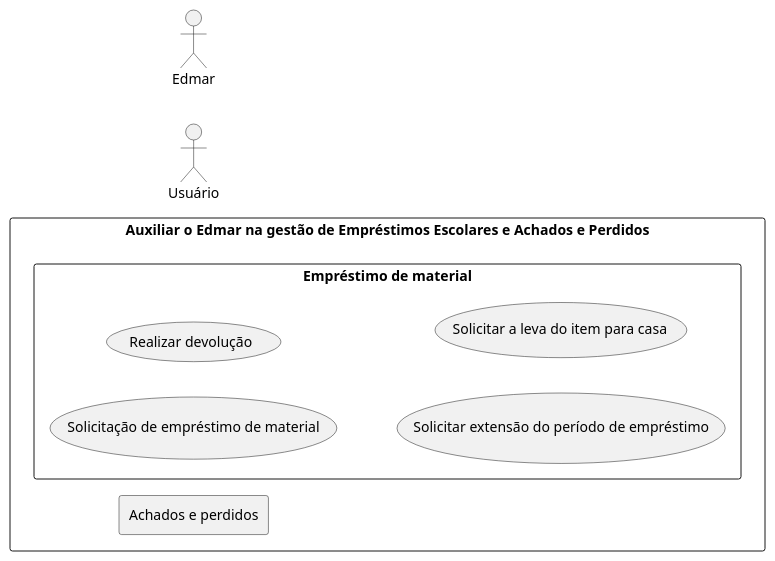
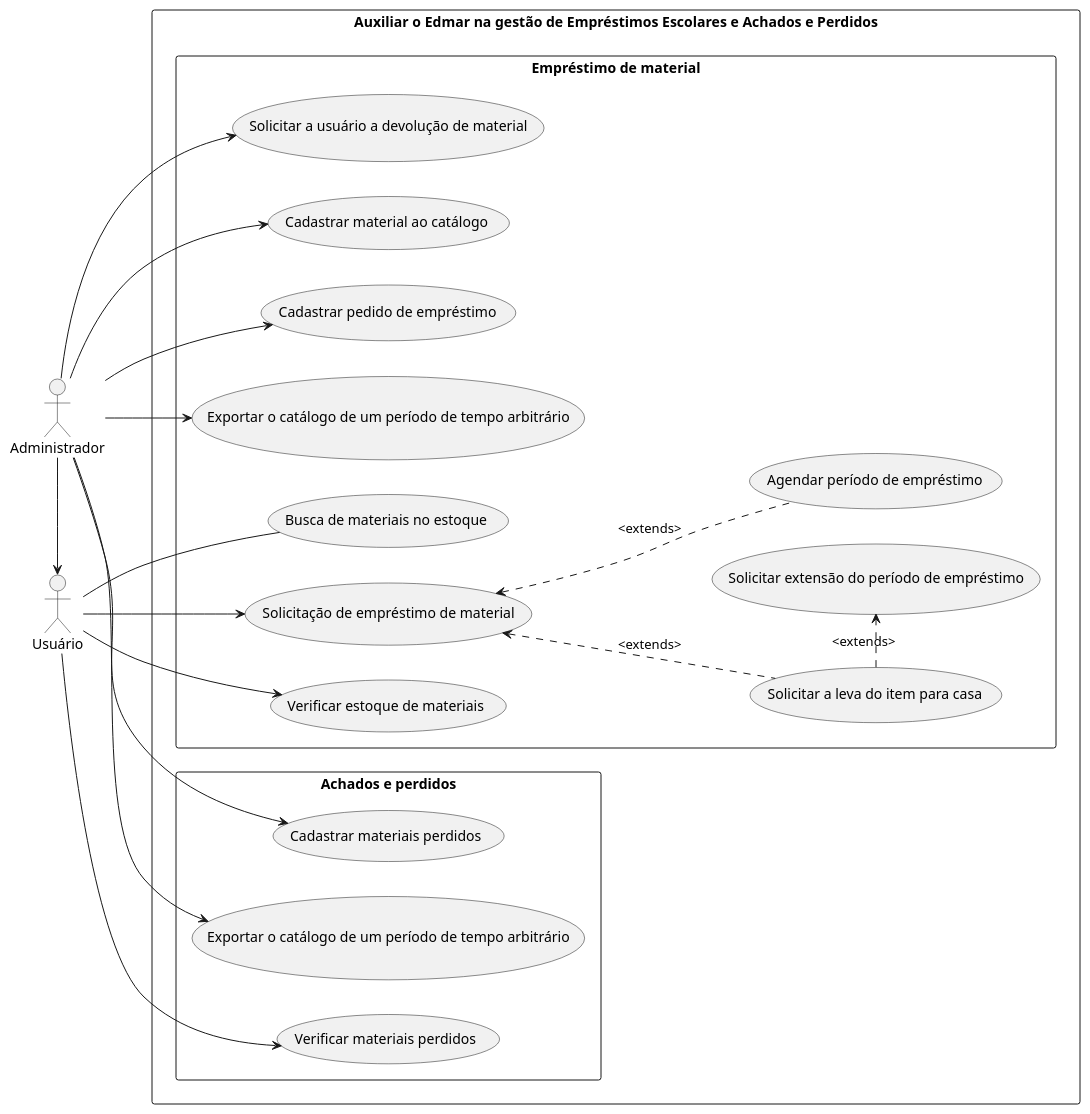
The diagram in diagramaDeCasoDeUso.puml (danielalvesmoura/APS-Compartilhado), drawn with PlantUML before and after one commit.

Commit message:
Caso de Uso atualizado

```diff
--- a/diagramaDeCasoDeUso.puml
+++ b/diagramaDeCasoDeUso.puml
@@ -1,22 +1,51 @@
-@startuml
-skinparam actorPosition top
+@startuml usecase
+skinparam actorPosition left
 left to right direction
 
 actor "Usuário" as user
-actor "Edmar" as Edmar
+actor "Administrador" as admi
 
 rectangle "Auxiliar o Edmar na gestão de Empréstimos Escolares e Achados e Perdidos" {
     rectangle "Empréstimo de material" {
-        usecase "Solicitação de empréstimo de material"
-        usecase "Realizar devolução"
-        usecase "Solicitar extensão do período de empréstimo"
-        usecase "Solicitar a leva do item para casa"
+        usecase "Solicitação de empréstimo de material" as caso01
+        usecase "Solicitar extensão do período de empréstimo" as caso02
+        usecase "Solicitar a leva do item para casa" as caso03
+        usecase "Agendar período de empréstimo" as caso04
+
+        usecase "Verificar estoque de materiais" as caso05
+        usecase "Busca de materiais no estoque" as caso06
+
+        usecase "Solicitar a usuário a devolução de material" as caso07
+        usecase "Cadastrar material ao catálogo" as caso08
+        usecase "Cadastrar pedido de empréstimo" as caso09
+        usecase "Exportar o catálogo de um período de tempo arbitrário" as caso0a
+
+        caso01 <.. caso04:<extends>
+        caso01 <.. caso03:<extends>
+        caso03 .> caso02:<extends>
+        
     }
 
     rectangle "Achados e perdidos" {
+        usecase "Verificar materiais perdidos" as caso11
+        usecase "Cadastrar materiais perdidos" as caso12
+        usecase "Exportar o catálogo de um período de tempo arbitrário" as caso13
 
     }
-    
+    user --> caso01
+    user --> caso05
+    user --caso06
+    user --> caso11
+
+    admi -> user
+
+    admi --> caso07
+    admi --> caso08
+    admi --> caso09
+    admi --> caso0a
+    admi --> caso12
+    admi --> caso13
+
 
 }
 @enduml
```
